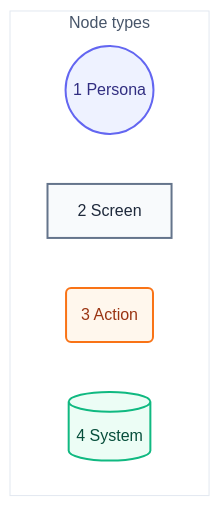
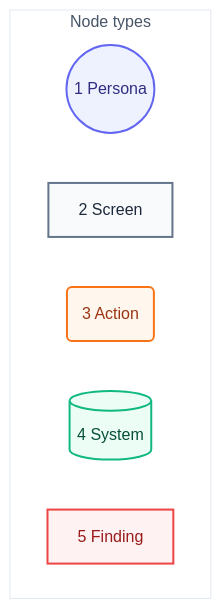
One commit to may-journal/fitness-checks changed the first of 2 diagrams in docs/architecture/05-user-journey.md. Above: the diagram before and after it, drawn with Mermaid. The commit also changed other lines of this file and 1 other file, not shown here.

First line of the commit message:
docs(architecture): group the user journey by requirement

````diff
--- a/docs/architecture/05-user-journey.md
+++ b/docs/architecture/05-user-journey.md
@@ -5,16 +5,18 @@
 ```mermaid
 flowchart TB
     subgraph types["Node types"]
         persona((1 Persona)):::persona
         screen[2 Screen]:::screen
         action(3 Action):::action
         system[(4 System)]:::system
+        finding[5 Finding]:::blocked
     end
 
     classDef persona fill:#eef2ff,stroke:#6366f1,color:#312e81,stroke-width:2px
     classDef screen fill:#f8fafc,stroke:#64748b,color:#1e293b,stroke-width:2px
     classDef action fill:#fff7ed,stroke:#f97316,color:#9a3412,stroke-width:2px
     classDef system fill:#ecfdf5,stroke:#10b981,color:#064e3b,stroke-width:2px
+    classDef blocked fill:#fef2f2,stroke:#ef4444,color:#991b1b,stroke-width:2px
 
     style types fill:#ffffff,stroke:#e2e8f0,color:#475569,stroke-width:1px
 ```
````
